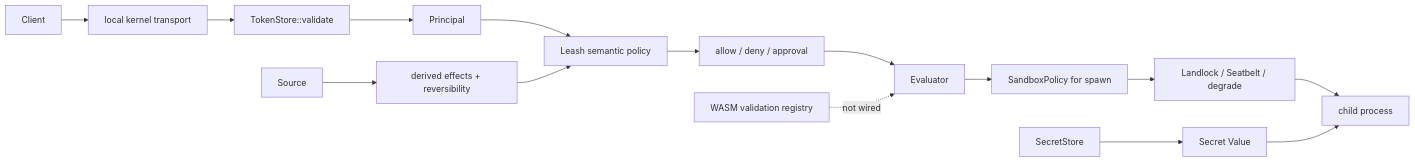
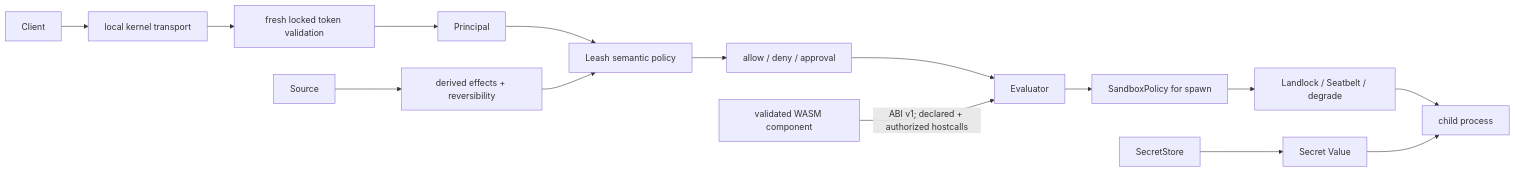
Before and after one commit to alliecatowo/shoal: the first of 6 diagrams in site/content/internals/security-threat-model.md, drawn with Mermaid. The commit also changed other lines of this file and 33 other files, not shown here.

````diff
--- a/site/content/internals/security-threat-model.md
+++ b/site/content/internals/security-threat-model.md
@@ -36,19 +37,19 @@
 ```mermaid
 flowchart LR
 accTitle: Trust-boundary map
 accDescr: Shows the components and relationships described in Trust-boundary map.
   Client --> Transport["local kernel transport"]
-  Transport --> Auth["TokenStore::validate"]
+  Transport --> Auth["fresh locked token validation"]
   Auth --> Principal
   Principal --> Policy["Leash semantic policy"]
   Source --> Plan["derived effects + reversibility"]
   Plan --> Policy
   Policy --> Verdict["allow / deny / approval"]
   Verdict --> Eval["Evaluator"]
   Eval --> Sandbox["SandboxPolicy for spawn"]
   Sandbox --> Exec["Landlock / Seatbelt / degrade"]
   Exec --> OS["child process"]
   SecretStore --> Secret["Secret Value"]
   Secret --> OS
-  Wasm["WASM validation registry"] -. "not wired" .-> Eval
+  Wasm["validated WASM component"] -->|"ABI v1; declared + authorized hostcalls"| Eval
 ```
````
